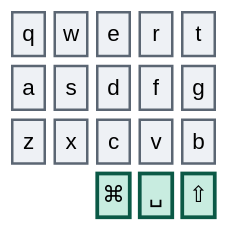
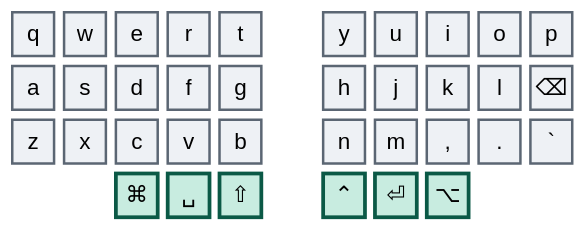
The first of 5 diagrams in 32-keys.md (abloch/zmk-corne), drawn with Mermaid before and after one commit. The commit also changed other lines of this file and 3 other files, not shown here.

First line of the commit message:
Add combos.md, one diagram per combo

````diff
--- a/32-keys.md
+++ b/32-keys.md
@@ -25,16 +23,16 @@
 ```mermaid
 %%{init: {'theme':'base','themeVariables':{'primaryColor':'#eef1f5','primaryTextColor':'#0b0f14','primaryBorderColor':'#5b6673','nodeTextColor':'#0b0f14','textColor':'#0b0f14','mainBkg':'#eef1f5','fontSize':'18px'}}}%%
 block
-columns 5
+columns 11
 
-  q w e r t
-  a s d f g
-  z x c v b
-  space:2 cmd["⌘"] spc["␣"] shft["⇧"]
+  q w e r t space y u i o p
+  a s d f g space h j k l bspc["⌫"]
+  z x c v b space n m cma[","] dot["."] grv[" `"]
+  space:2 cmd["⌘"] spc["␣"] sft["⇧"] space ctl["⌃"] ent["⏎"] alt["⌥"] space:2
 
   classDef core fill:#eef1f5,stroke:#5b6673,stroke-width:2px,color:#0b0f14
   classDef thumb fill:#c8ece0,stroke:#0b5946,stroke-width:3px,color:#06241c
 
-  class q,w,e,r,t,a,s,d,f,g,z,x,c,v,b core
-  class cmd,spc,shft thumb
+  class q,w,e,r,t,a,s,d,f,g,z,x,c,v,b,y,u,i,o,p,h,j,k,l,bspc,n,m,cma,dot,grv core
+  class cmd,spc,sft,ctl,ent,alt thumb
 ```
````
